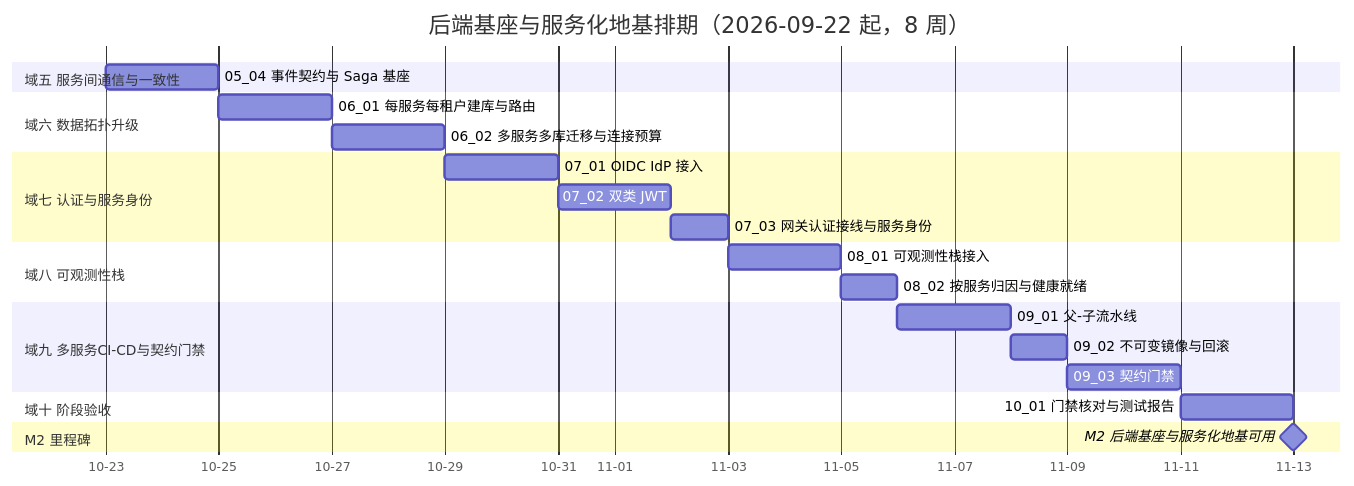
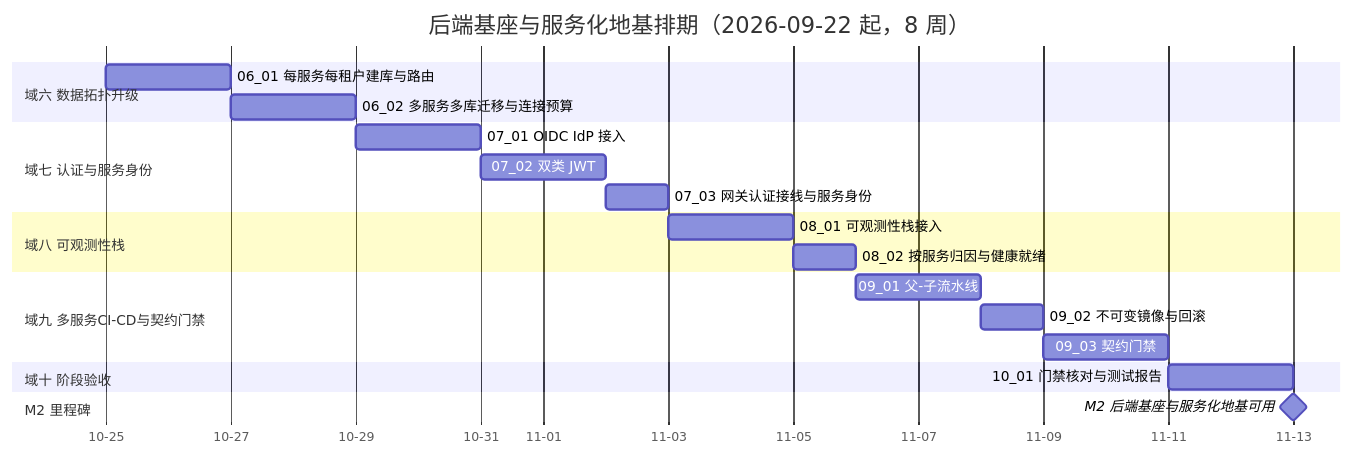
Before and after one commit to minjian123/basic-management-system: the diagram in bms文档/项目/02_后端基座与服务化地基/计划/01_计划_后端基座与服务化地基.md, drawn with Mermaid. The commit also changed other lines of this file and 7 other files, not shown here.

Commit message:
docs(05_04): 事件契约与 Saga 基座登记回写与实施/测试记录（基类清单 / 后端规范 / 数据库表文件 / 计划 / 任务）

````diff
--- a/bms文档/项目/02_后端基座与服务化地基/计划/01_计划_后端基座与服务化地基.md
+++ b/bms文档/项目/02_后端基座与服务化地基/计划/01_计划_后端基座与服务化地基.md
@@ -57,26 +57,24 @@
 ```mermaid
 gantt
     title 后端基座与服务化地基排期（2026-09-22 起，8 周）
     dateFormat  YYYY-MM-DD
     axisFormat %m-%d
-    section 域五 服务间通信与一致性
-    05_04 事件契约与 Saga 基座 :a0504, 2026-10-23, 2d
     section 域六 数据拓扑升级
-    06_01 每服务每租户建库与路由 :a0601, after a0504, 2d
+    06_01 每服务每租户建库与路由 :a0601, 2026-10-25, 2d
     06_02 多服务多库迁移与连接预算 :a0602, after a0601, 2d
     section 域七 认证与服务身份
     07_01 OIDC IdP 接入 :a0701, after a0602, 2d
     07_02 双类 JWT :a0702, after a0701, 2d
     07_03 网关认证接线与服务身份 :a0703, after a0702, 1d
     section 域八 可观测性栈
     08_01 可观测性栈接入 :a0801, after a0703, 2d
     08_02 按服务归因与健康就绪 :a0802, after a0801, 1d
     section 域九 多服务CI-CD与契约门禁
     09_01 父-子流水线 :a0901, after a0802, 2d
     09_02 不可变镜像与回滚 :a0902, after a0901, 1d
     09_03 契约门禁 :a0903, after a0902, 2d
     section 域十 阶段验收
     10_01 门禁核对与测试报告 :a1001, after a0903, 2d
     section M2 里程碑
     M2 后端基座与服务化地基可用 :milestone, mm2, after a1001, 0d
 ```
````
